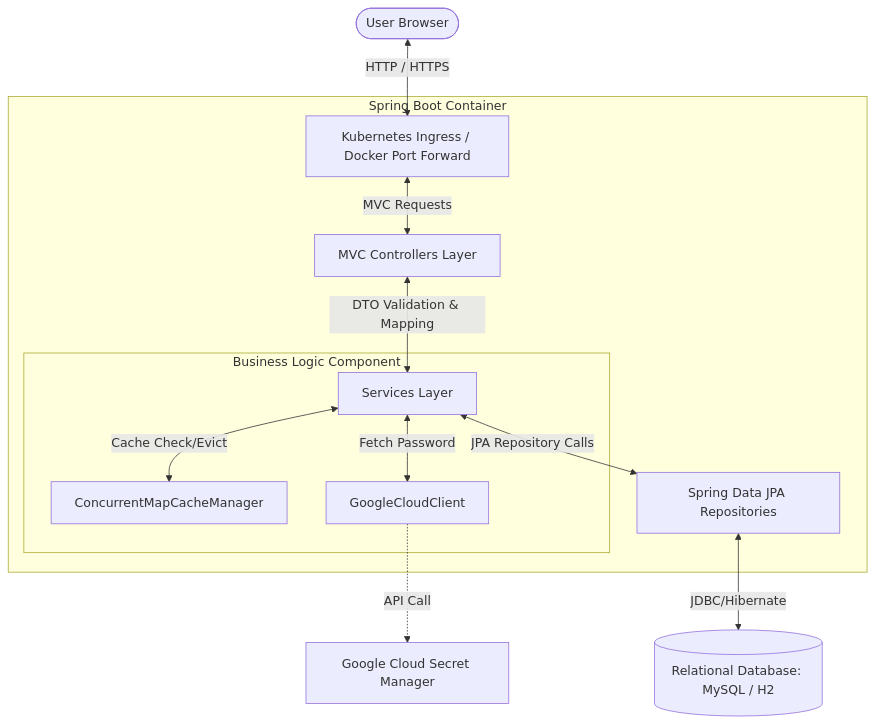
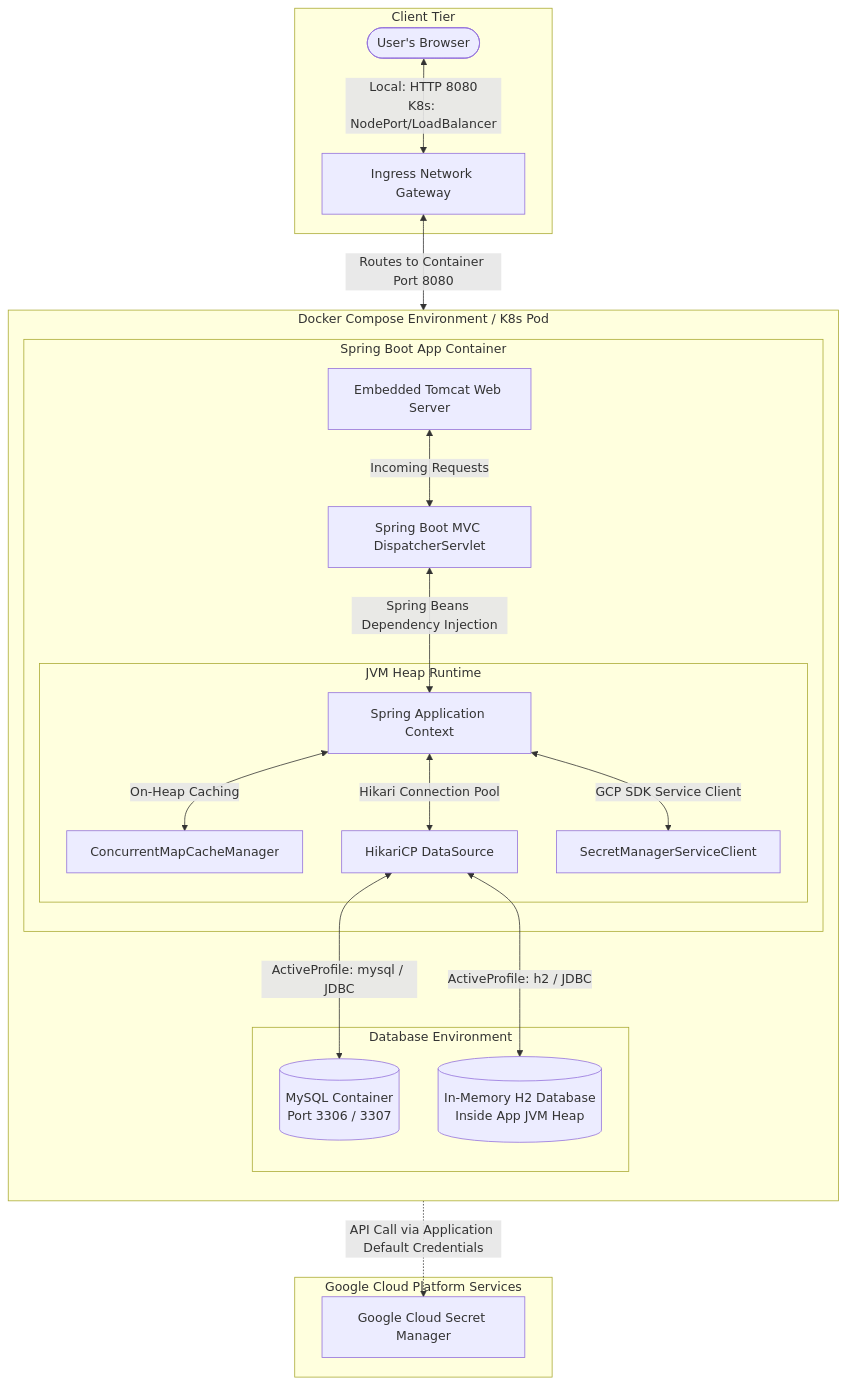
The first of 7 diagrams in architecture.md (conorheffron/ironoc-db), drawn with Mermaid before and after one commit. The commit also changed other lines of this file and 1 other file, not shown here.

Commit message:
Update architecture.md & README.md

````diff
--- a/architecture.md
+++ b/architecture.md
@@ -17,19 +15,39 @@
 ```mermaid
 graph TD
-    User([User Browser]) <-->|HTTP / HTTPS| Ingress[Kubernetes Ingress / Docker Port Forward]
+    subgraph Client Space [Client Tier]
+        User([User's Browser]) <-->|Local: HTTP 8080<br/>K8s: NodePort/LoadBalancer| NetworkGate[Ingress Network Gateway]
+    end
+
+    subgraph ContainerRuntime [Docker Compose Environment / K8s Pod]
+        direction TB
+        subgraph AppContainer [Spring Boot App Container]
+            Tomcat[Embedded Tomcat Web Server] <-->|Incoming Requests| MVC[Spring Boot MVC DispatcherServlet]
+            MVC <-->|Spring Beans Dependency Injection| SpringContext[Spring Application Context]
+            
+            subgraph JVM_Memory [JVM Heap Runtime]
+                SpringContext <-->|On-Heap Caching| Cache[ConcurrentMapCacheManager]
+                SpringContext <-->|Hikari Connection Pool| Hikari[HikariCP DataSource]
+                SpringContext <-->|GCP SDK Service Client| SecretClient[SecretManagerServiceClient]
+            end
+        end
+
+        subgraph DbContainer [Database Environment]
+            MySQL[(MySQL Container<br/>Port 3306 / 3307)]
+            H2[(In-Memory H2 Database<br/>Inside App JVM Heap)]
+        end
+    end
+
+    subgraph GoogleCloud [Google Cloud Platform Services]
+        GCP_SecManager[Google Cloud Secret Manager]
+    end
+
+    %% Client and external routing
+    NetworkGate <-->|Routes to Container Port 8080| Tomcat
     
-    subgraph ContainerRuntime [Spring Boot Container]
-        Ingress <-->|MVC Requests| Controllers[MVC Controllers Layer]
-        Controllers <-->|DTO Validation & Mapping| Services[Services Layer]
-        
-        subgraph LogicAndCache [Business Logic Component]
-            Services <-->|Cache Check/Evict| CacheManager[ConcurrentMapCacheManager]
-            Services <-->|Fetch Password| GCPSecret[GoogleCloudClient]
-        end
-        
-        Services <-->|JPA Repository Calls| DAOs[Spring Data JPA Repositories]
-    end
+    %% GCP Integrations
+    SecretClient -.->|API Call via Application Default Credentials| GCP_SecManager
     
-    GCPSecret -.->|API Call| SecretManager[Google Cloud Secret Manager]
-    DAOs <-->|JDBC/Hibernate| DB[(Relational Database: MySQL / H2)]
+    %% Database routing depending on Spring Active Profiles
+    Hikari <-->|ActiveProfile: mysql / JDBC| MySQL
+    Hikari <-->|ActiveProfile: h2 / JDBC| H2
 ```
````
